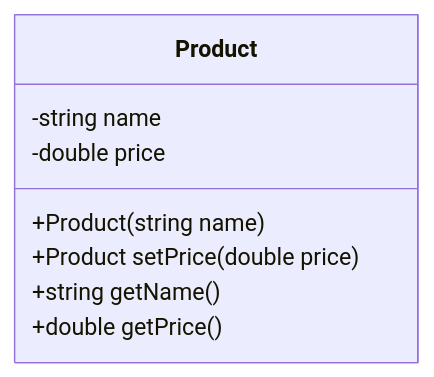
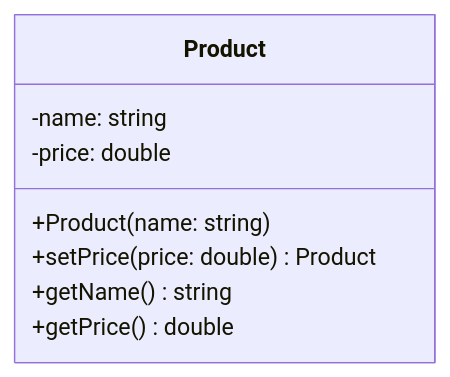
The first of 9 diagrams in Activités/act2-uml-basics.md (esirem-chassel/3aa-progadv), drawn with Mermaid before and after one commit. The commit also changed other lines of this file, not shown here.

````diff
--- a/Activités/act2-uml-basics.md
+++ b/Activités/act2-uml-basics.md
@@ -31,11 +31,11 @@
 ```mermaid
 classDiagram
   class Product {
-    -string name
-    -double price
-    +Product(string name)
-    +Product setPrice(double price)
-    +string getName()
-    +double getPrice()
+    -name: string
+    -price: double
+    +Product(name: string)
+    +setPrice(price: double) Product
+    +getName() string
+    +getPrice() double
   }
 ```
````
